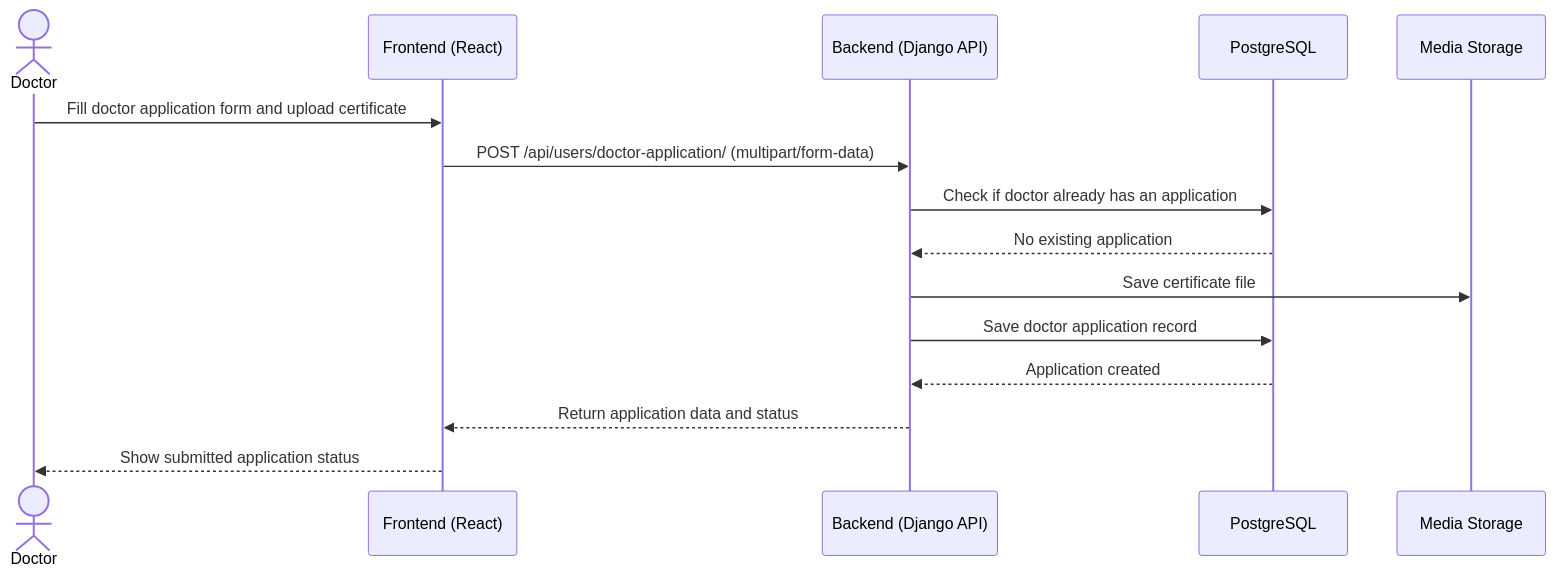
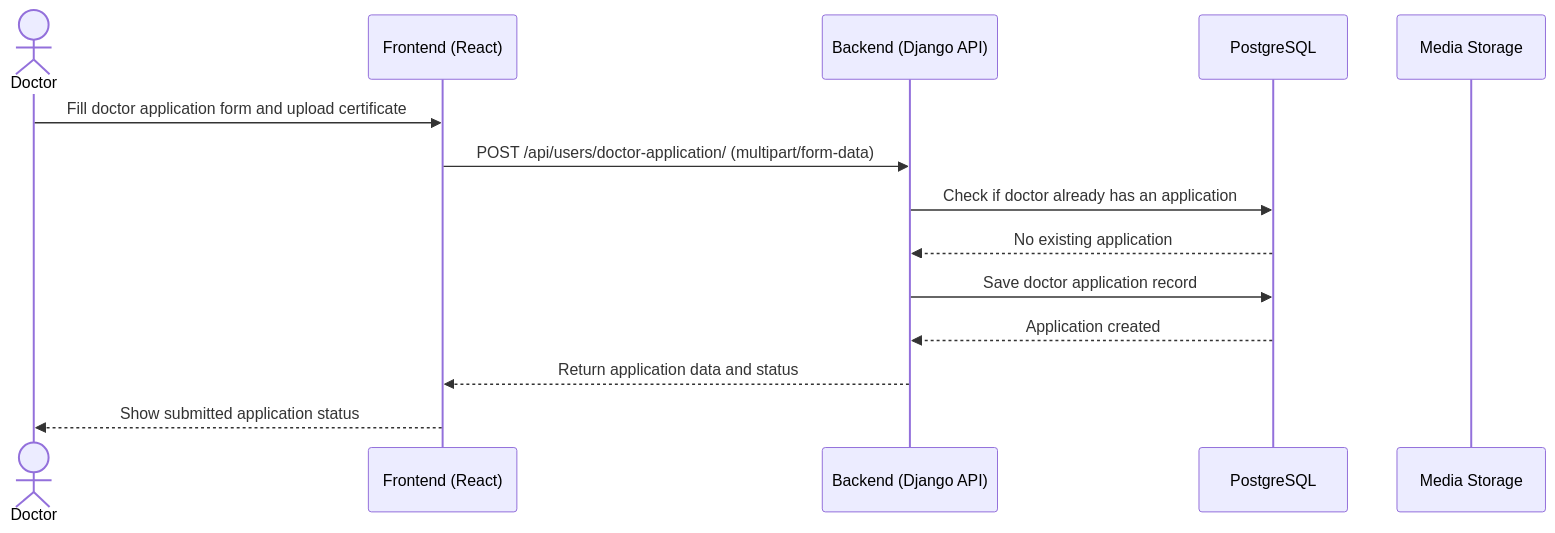
Before and after one commit to aliabdullah1215/Only-For-Teating: the third of 3 diagrams in 3.Create High-Level.md, drawn with Mermaid.

Commit message:
Remove saving certificate file from doctor application flow
Removed the step to save the certificate file in the application process.

````diff
--- a/3.Create High-Level.md
+++ b/3.Create High-Level.md
@@ -45,18 +45,17 @@
 ```mermaid
 sequenceDiagram
     actor Doctor
     participant FE as Frontend (React)
     participant BE as Backend (Django API)
     participant DB as PostgreSQL
     participant FS as Media Storage
 
     Doctor->>FE: Fill doctor application form and upload certificate
     FE->>BE: POST /api/users/doctor-application/ (multipart/form-data)
     BE->>DB: Check if doctor already has an application
     DB-->>BE: No existing application
-    BE->>FS: Save certificate file
     BE->>DB: Save doctor application record
     DB-->>BE: Application created
     BE-->>FE: Return application data and status
     FE-->>Doctor: Show submitted application status
 ```
````
